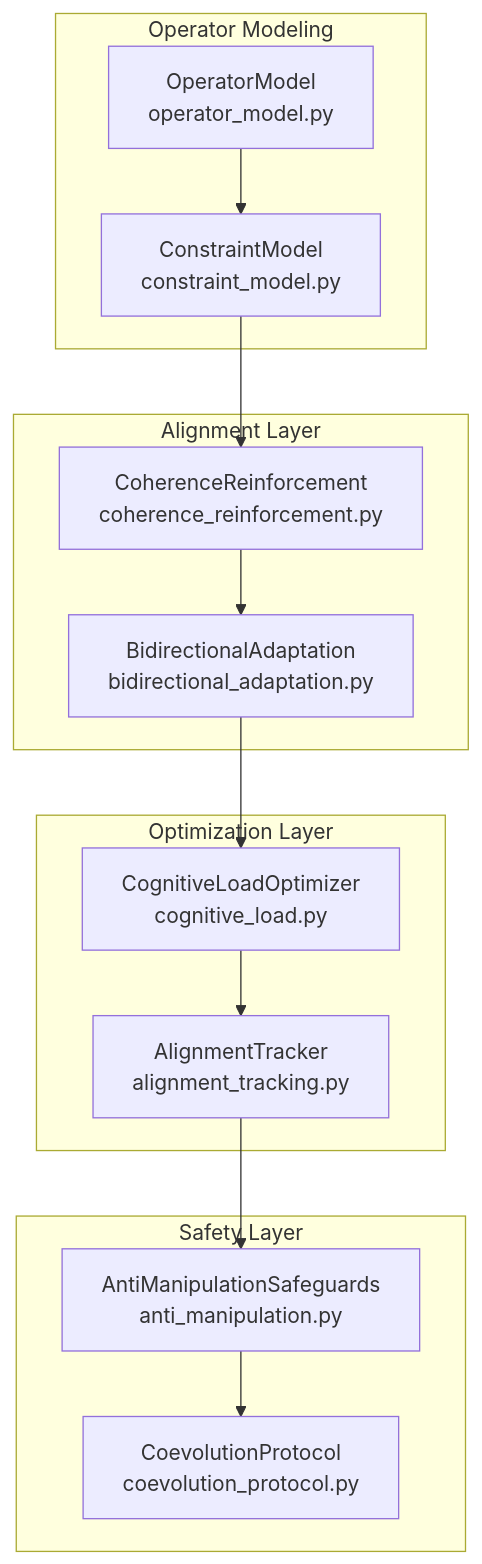
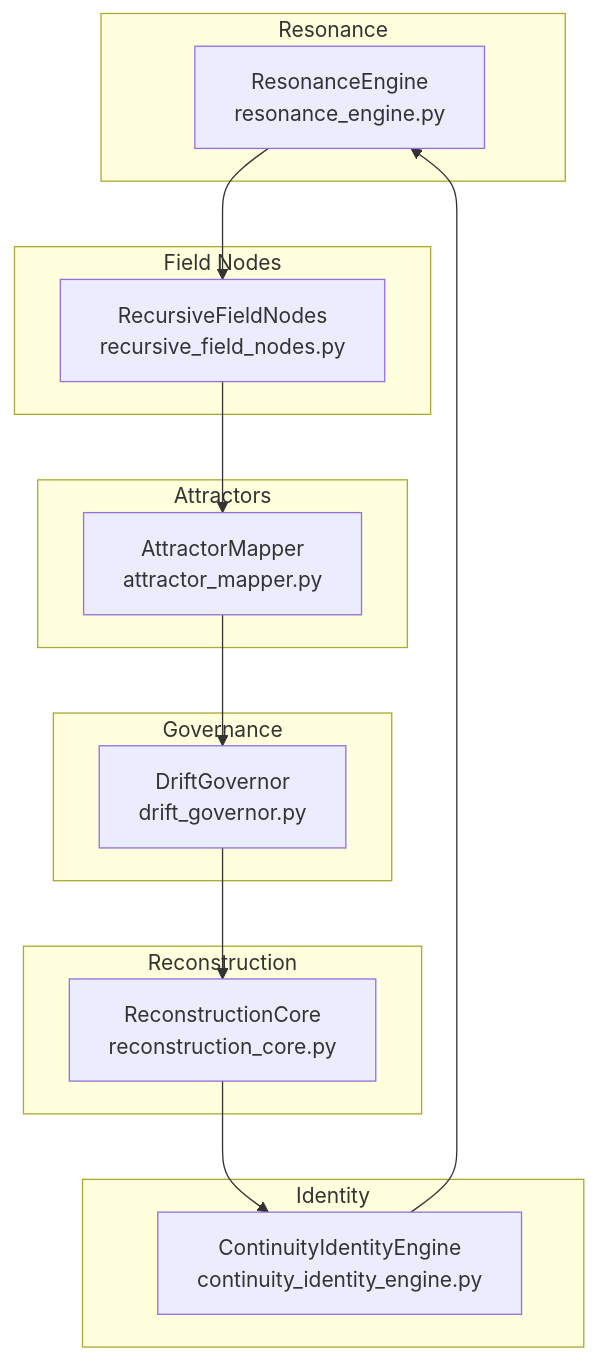
Before and after one commit to dabiggestpoppa/larger-lab: diagram 13 of 16 in CODEMAP.md, drawn with Mermaid. The commit also changed other lines of this file and 18 other files, not shown here.

````diff
--- a/CODEMAP.md
+++ b/CODEMAP.md
@@ -623,30 +669,33 @@
 ```mermaid
 graph TB
-    subgraph "Operator Modeling"
-        OM[OperatorModel<br/>operator_model.py]
-        CM[ConstraintModel<br/>constraint_model.py]
+    subgraph "Resonance"
+        RE[ResonanceEngine<br/>resonance_engine.py]
     end
 
-    subgraph "Alignment Layer"
-        CR[CoherenceReinforcement<br/>coherence_reinforcement.py]
-        BA[BidirectionalAdaptation<br/>bidirectional_adaptation.py]
+    subgraph "Field Nodes"
+        RFN[RecursiveFieldNodes<br/>recursive_field_nodes.py]
     end
 
-    subgraph "Optimization Layer"
-        CLO[CognitiveLoadOptimizer<br/>cognitive_load.py]
-        AT[AlignmentTracker<br/>alignment_tracking.py]
+    subgraph "Attractors"
+        AM[AttractorMapper<br/>attractor_mapper.py]
     end
 
-    subgraph "Safety Layer"
-        AMS[AntiManipulationSafeguards<br/>anti_manipulation.py]
-        CP[CoevolutionProtocol<br/>coevolution_protocol.py]
+    subgraph "Governance"
+        DG[DriftGovernor<br/>drift_governor.py]
     end
 
-    OM --> CM
-    CM --> CR
-    CR --> BA
-    BA --> CLO
-    CLO --> AT
-    AT --> AMS
-    AMS --> CP
+    subgraph "Reconstruction"
+        RC[ReconstructionCore<br/>reconstruction_core.py]
+    end
+
+    subgraph "Identity"
+        CIE[ContinuityIdentityEngine<br/>continuity_identity_engine.py]
+    end
+
+    RE --> RFN
+    RFN --> AM
+    AM --> DG
+    DG --> RC
+    RC --> CIE
+    CIE --> RE
 ```
````
